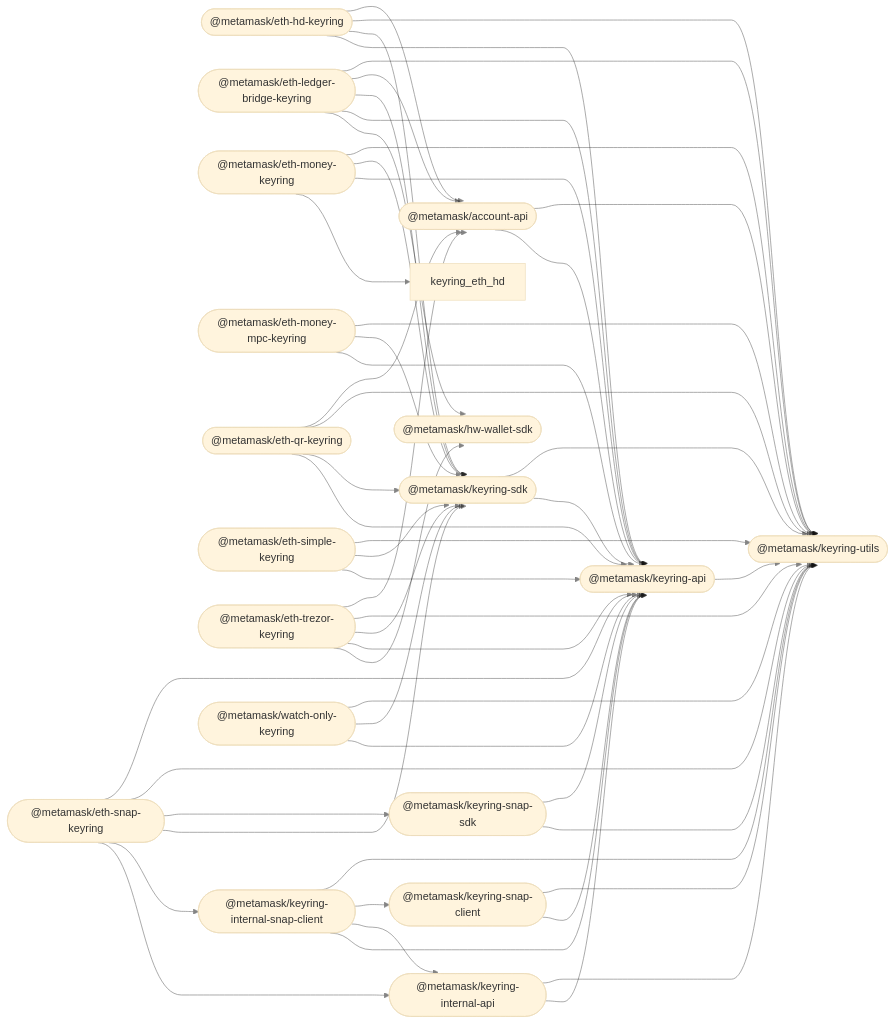
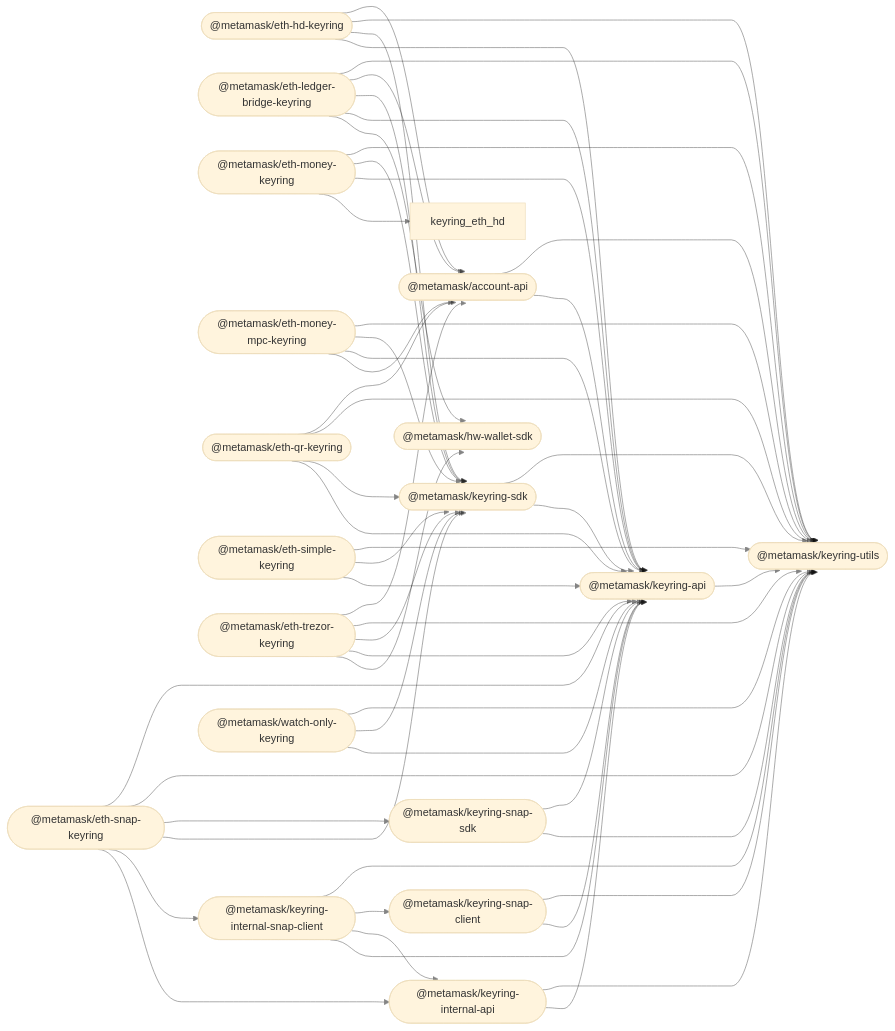
Before and after one commit to MetaMask/accounts: the diagram in README.md, drawn with Mermaid (base theme). The commit also changed 10 other files, not shown here.

First line of the commit message:
feat: add `MpcAccount<Account>` type helper (#677)

````diff
--- a/README.md
+++ b/README.md
@@ -46,75 +46,76 @@
 ```mermaid
 %%{ init: { 'flowchart': { 'curve': 'bumpX' } } }%%
 graph LR;
 linkStyle default opacity:0.5
   account_api(["@metamask/account-api"]);
   hw_wallet_sdk(["@metamask/hw-wallet-sdk"]);
   keyring_api(["@metamask/keyring-api"]);
   eth_hd_keyring(["@metamask/eth-hd-keyring"]);
   eth_ledger_bridge_keyring(["@metamask/eth-ledger-bridge-keyring"]);
   eth_money_keyring(["@metamask/eth-money-keyring"]);
   eth_money_mpc_keyring(["@metamask/eth-money-mpc-keyring"]);
   eth_qr_keyring(["@metamask/eth-qr-keyring"]);
   eth_simple_keyring(["@metamask/eth-simple-keyring"]);
   eth_trezor_keyring(["@metamask/eth-trezor-keyring"]);
   keyring_internal_api(["@metamask/keyring-internal-api"]);
   keyring_internal_snap_client(["@metamask/keyring-internal-snap-client"]);
   keyring_sdk(["@metamask/keyring-sdk"]);
   eth_snap_keyring(["@metamask/eth-snap-keyring"]);
   keyring_snap_client(["@metamask/keyring-snap-client"]);
   keyring_snap_sdk(["@metamask/keyring-snap-sdk"]);
   keyring_utils(["@metamask/keyring-utils"]);
   watch_only_keyring(["@metamask/watch-only-keyring"]);
   account_api --> keyring_api;
   account_api --> keyring_utils;
   keyring_api --> keyring_utils;
   eth_hd_keyring --> keyring_api;
   eth_hd_keyring --> keyring_sdk;
   eth_hd_keyring --> keyring_utils;
   eth_hd_keyring --> account_api;
   eth_ledger_bridge_keyring --> hw_wallet_sdk;
   eth_ledger_bridge_keyring --> keyring_api;
   eth_ledger_bridge_keyring --> keyring_sdk;
   eth_ledger_bridge_keyring --> account_api;
   eth_ledger_bridge_keyring --> keyring_utils;
   eth_money_keyring --> keyring_eth_hd;
   eth_money_keyring --> keyring_api;
   eth_money_keyring --> keyring_sdk;
   eth_money_keyring --> keyring_utils;
+  eth_money_mpc_keyring --> account_api;
   eth_money_mpc_keyring --> keyring_api;
   eth_money_mpc_keyring --> keyring_sdk;
   eth_money_mpc_keyring --> keyring_utils;
   eth_qr_keyring --> keyring_api;
   eth_qr_keyring --> keyring_sdk;
   eth_qr_keyring --> keyring_utils;
   eth_qr_keyring --> account_api;
   eth_simple_keyring --> keyring_api;
   eth_simple_keyring --> keyring_sdk;
   eth_simple_keyring --> keyring_utils;
   eth_trezor_keyring --> hw_wallet_sdk;
   eth_trezor_keyring --> keyring_api;
   eth_trezor_keyring --> keyring_sdk;
   eth_trezor_keyring --> keyring_utils;
   eth_trezor_keyring --> account_api;
   keyring_internal_api --> keyring_api;
   keyring_internal_api --> keyring_utils;
   keyring_internal_snap_client --> keyring_api;
   keyring_internal_snap_client --> keyring_internal_api;
   keyring_internal_snap_client --> keyring_snap_client;
   keyring_internal_snap_client --> keyring_utils;
   keyring_sdk --> keyring_api;
   keyring_sdk --> keyring_utils;
   eth_snap_keyring --> keyring_internal_api;
   eth_snap_keyring --> keyring_internal_snap_client;
   eth_snap_keyring --> keyring_sdk;
   eth_snap_keyring --> keyring_snap_sdk;
   eth_snap_keyring --> keyring_utils;
   eth_snap_keyring --> keyring_api;
   keyring_snap_client --> keyring_api;
   keyring_snap_client --> keyring_utils;
   keyring_snap_sdk --> keyring_utils;
   keyring_snap_sdk --> keyring_api;
   watch_only_keyring --> keyring_api;
   watch_only_keyring --> keyring_sdk;
   watch_only_keyring --> keyring_utils;
 ```
````
